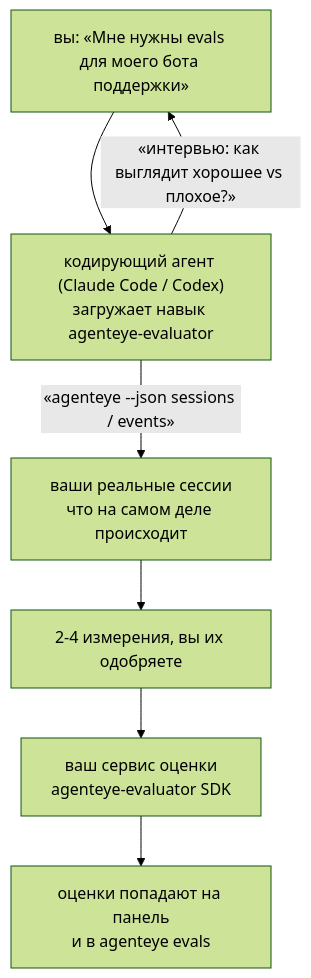
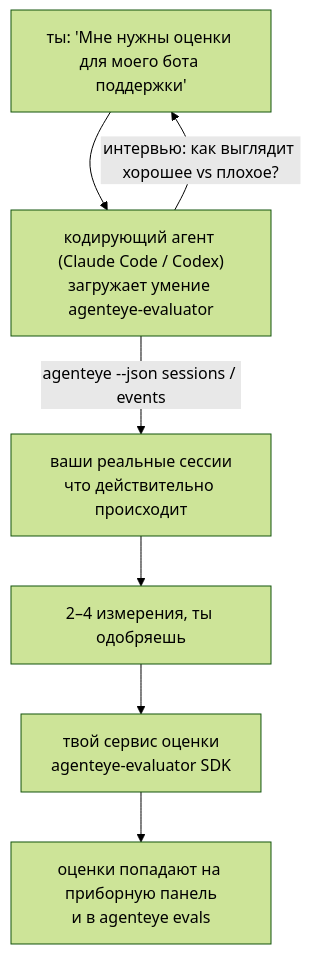
The diagram in docs/ru/agenteye/evaluator-skill.mdx (FailproofAI/failproofai), drawn with Mermaid (forest theme) before and after one commit. The commit also changed other lines of this file and 651 other files, not shown here.

````diff
--- a/docs/ru/agenteye/evaluator-skill.mdx
+++ b/docs/ru/agenteye/evaluator-skill.mdx
@@ -21,9 +21,9 @@
 ```mermaid
 flowchart TD
-    YOU["вы: «Мне нужны evals для моего бота поддержки»"] --> AGENT["кодирующий агент (Claude Code / Codex)<br/>загружает навык agenteye-evaluator"]
-    AGENT -->|«интервью: как выглядит хорошее vs плохое?»| YOU
-    AGENT -->|«agenteye --json sessions / events»| DATA["ваши реальные сессии<br/>что на самом деле происходит"]
-    DATA --> DIMS["2-4 измерения, вы их одобряете"]
-    DIMS --> SVC["ваш сервис оценки<br/>agenteye-evaluator SDK"]
-    SVC --> SCORES["оценки попадают на панель<br/>и в agenteye evals"]
+    YOU["ты: 'Мне нужны оценки для моего бота поддержки'"] --> AGENT["кодирующий агент (Claude Code / Codex)<br/>загружает умение agenteye-evaluator"]
+    AGENT -->|"интервью: как выглядит хорошее vs плохое?"| YOU
+    AGENT -->|"agenteye --json sessions / events"| DATA["ваши реальные сессии<br/>что действительно происходит"]
+    DATA --> DIMS["2–4 измерения, ты одобряешь"]
+    DIMS --> SVC["твой сервис оценки<br/>agenteye-evaluator SDK"]
+    SVC --> SCORES["оценки попадают на приборную панель<br/>и в agenteye evals"]
 ```
````
